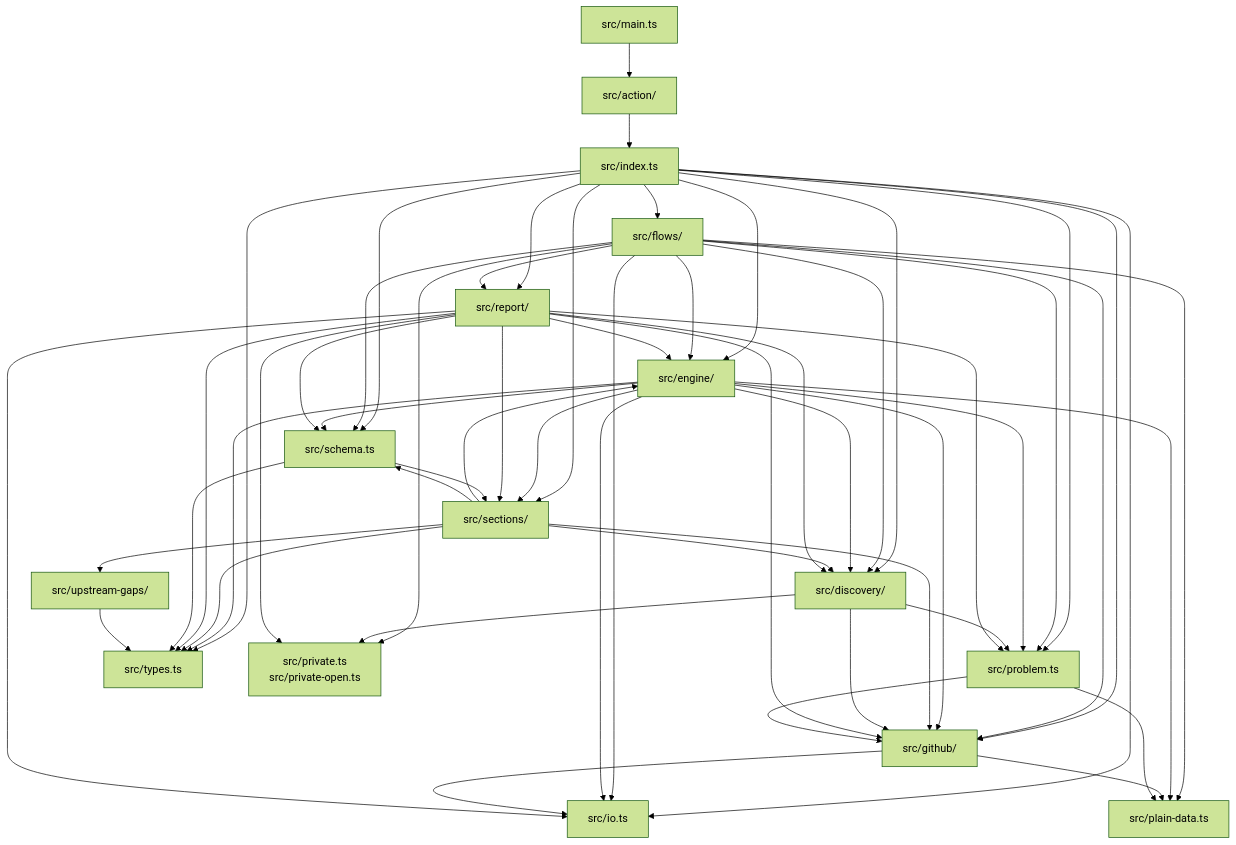
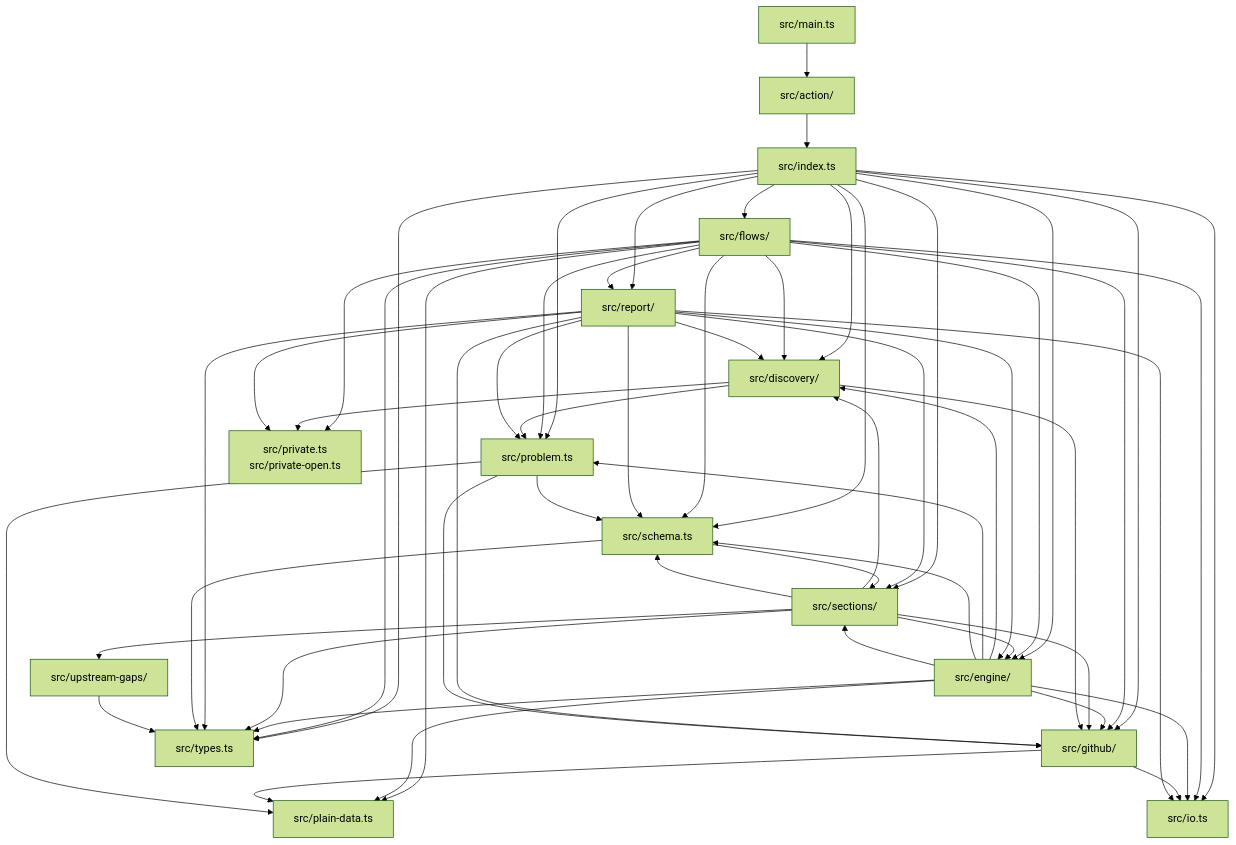
The eighth of 8 diagrams in docs/reference/architecture.md (Vivswan/github-settings-as-code), drawn with Mermaid (forest theme) before and after one commit. The commit also changed 29 other files, not shown here.

````diff
--- a/docs/reference/architecture.md
+++ b/docs/reference/architecture.md
@@ -229,73 +229,75 @@
 ```mermaid
 graph TD
   main["src/main.ts"]
   action["src/action/"]
   library["src/index.ts"]
   flows["src/flows/"]
   engine["src/engine/"]
   sections["src/sections/"]
   github["src/github/"]
   discovery["src/discovery/"]
   report["src/report/"]
   schema["src/schema.ts"]
   io["src/io.ts"]
   problem["src/problem.ts"]
   types["src/types.ts"]
   plain_data["src/plain-data.ts"]
   private["src/private.ts<br>src/private-open.ts"]
   upstream_gaps["src/upstream-gaps/"]
   main --> action
   action --> library
   library --> discovery
   library --> engine
   library --> flows
   library --> github
   library --> io
   library --> problem
   library --> report
   library --> schema
   library --> sections
   library --> types
   flows --> discovery
   flows --> engine
   flows --> github
   flows --> io
   flows --> plain_data
   flows --> private
   flows --> problem
   flows --> report
   flows --> schema
+  flows --> types
   engine --> discovery
   engine --> github
   engine --> io
   engine --> plain_data
   engine --> problem
   engine --> schema
   engine --> sections
   engine --> types
   sections --> discovery
   sections --> engine
   sections --> github
   sections --> schema
   sections --> types
   sections --> upstream_gaps
   github --> io
   github --> plain_data
   discovery --> github
   discovery --> private
   discovery --> problem
   report --> discovery
   report --> engine
   report --> github
   report --> io
   report --> private
   report --> problem
   report --> schema
   report --> sections
   report --> types
   problem --> github
   problem --> plain_data
+  problem --> schema
   schema --> sections
   schema --> types
   upstream_gaps --> types
 ```
````
